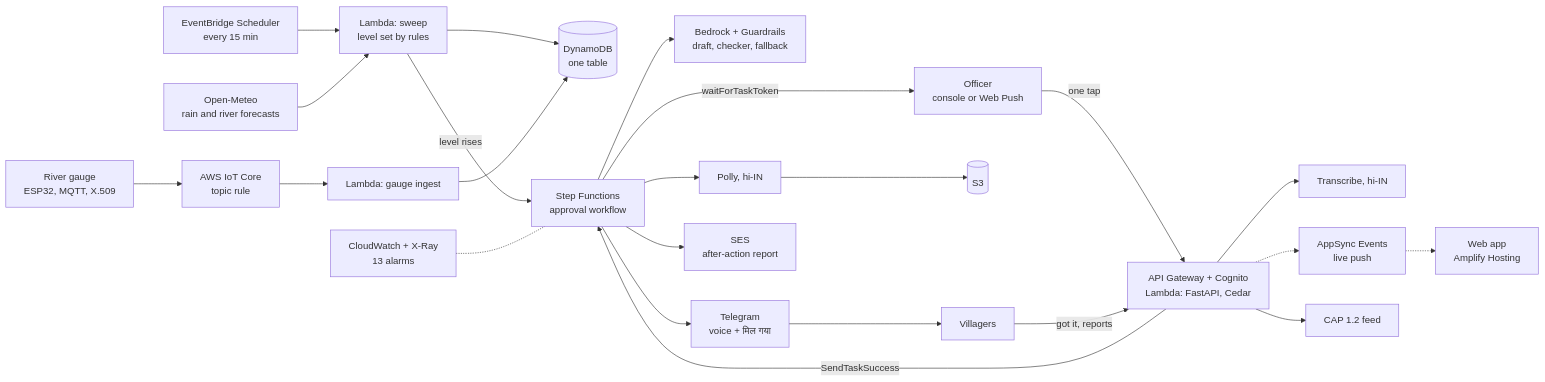
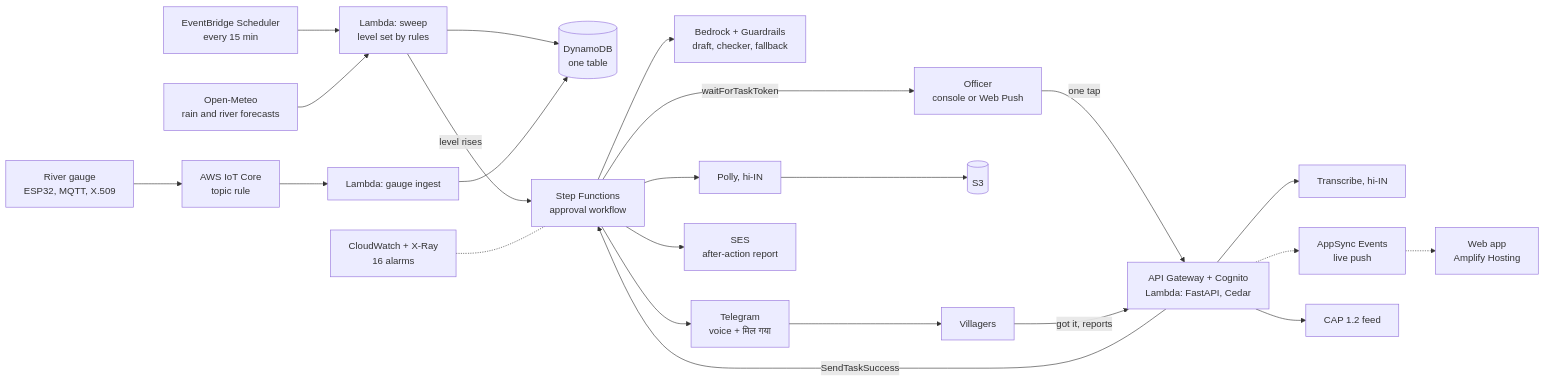
The diagram in README.md (Prashant-thakur77/pukaar), drawn with Mermaid before and after one commit. The commit also changed other lines of this file and 42 other files, not shown here.

````diff
--- a/README.md
+++ b/README.md
@@ -242,21 +242,21 @@
 ```mermaid
 flowchart LR
   EB["EventBridge Scheduler<br/>every 15 min"] --> SW["Lambda: sweep<br/>level set by rules"]
   OM["Open-Meteo<br/>rain and river forecasts"] --> SW
   GA["River gauge<br/>ESP32, MQTT, X.509"] --> IOT["AWS IoT Core<br/>topic rule"] --> GI["Lambda: gauge ingest"]
   SW --> DB[("DynamoDB<br/>one table")]
   GI --> DB
   SW -- "level rises" --> SF["Step Functions<br/>approval workflow"]
   SF --> BR["Bedrock + Guardrails<br/>draft, checker, fallback"]
   SF -- "waitForTaskToken" --> OF["Officer<br/>console or Web Push"]
   OF -- "one tap" --> API["API Gateway + Cognito<br/>Lambda: FastAPI, Cedar"]
   API -- "SendTaskSuccess" --> SF
   SF --> PO["Polly, hi-IN"] --> S3[("S3")]
   SF --> TG["Telegram<br/>voice + मिल गया"] --> VI["Villagers"]
   VI -- "got it, reports" --> API
   API --> TR["Transcribe, hi-IN"]
   API -.-> AS["AppSync Events<br/>live push"] -.-> WEB["Web app<br/>Amplify Hosting"]
   API --> CAP["CAP 1.2 feed"]
   SF --> SES["SES<br/>after-action report"]
-  CW["CloudWatch + X-Ray<br/>13 alarms"] -.- SF
+  CW["CloudWatch + X-Ray<br/>16 alarms"] -.- SF
 ```
````
